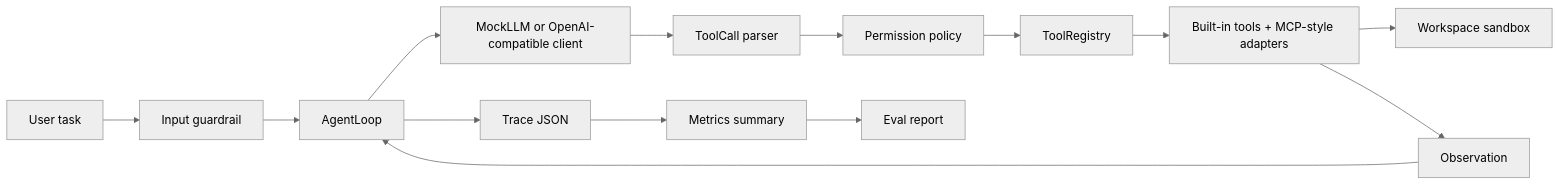
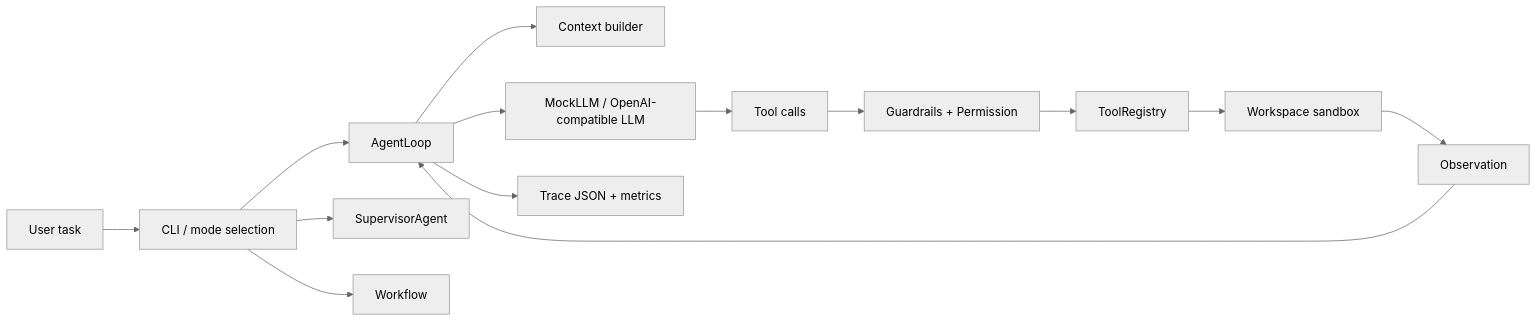
One commit to semi-hollow/NanoHarness changed the diagram in agent-forge/README.md. Above: the diagram before and after it, drawn with Mermaid (neutral theme). The commit also changed other lines of this file and 79 other files, not shown here.

````diff
--- a/agent-forge/README.md
+++ b/agent-forge/README.md
@@ -76,16 +80,16 @@
 ```mermaid
 flowchart LR
-    User["User task"] --> Guardrail["Input guardrail"]
-    Guardrail --> Loop["AgentLoop"]
-    Loop --> LLM["MockLLM or OpenAI-compatible client"]
-    LLM --> Parser["ToolCall parser"]
-    Parser --> Policy["Permission policy"]
+    User["User task"] --> CLI["CLI / mode selection"]
+    CLI --> Loop["AgentLoop"]
+    CLI --> Supervisor["SupervisorAgent"]
+    CLI --> Workflow["Workflow"]
+    Loop --> Context["Context builder"]
+    Loop --> LLM["MockLLM / OpenAI-compatible LLM"]
+    LLM --> Tools["Tool calls"]
+    Tools --> Policy["Guardrails + Permission"]
     Policy --> Registry["ToolRegistry"]
-    Registry --> Tools["Built-in tools + MCP-style adapters"]
-    Tools --> Sandbox["Workspace sandbox"]
-    Tools --> Obs["Observation"]
-    Obs --> Loop
-    Loop --> Trace["Trace JSON"]
-    Trace --> Metrics["Metrics summary"]
-    Metrics --> Eval["Eval report"]
+    Registry --> Sandbox["Workspace sandbox"]
+    Sandbox --> Observation["Observation"]
+    Observation --> Loop
+    Loop --> Trace["Trace JSON + metrics"]
 ```
````
